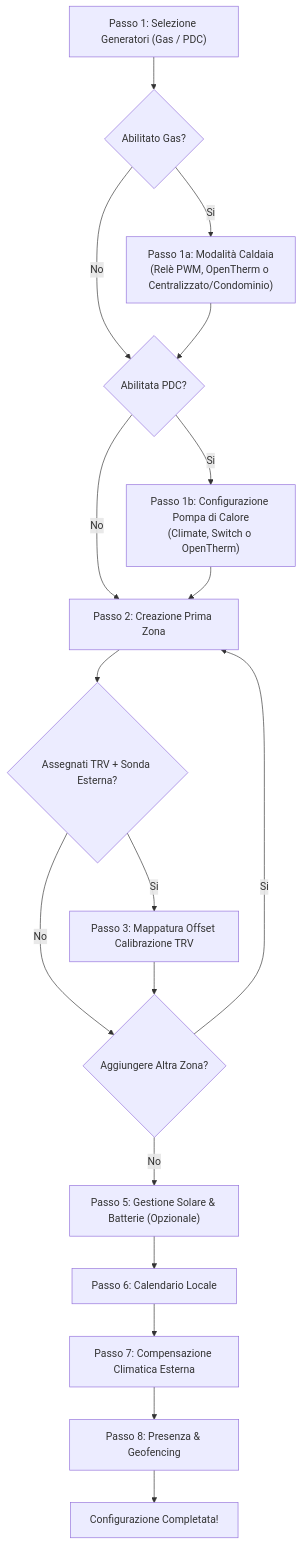
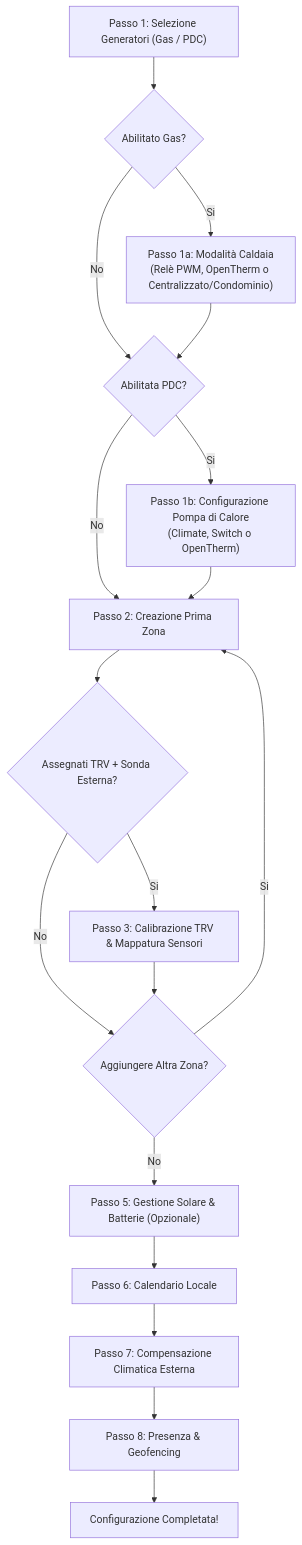
The diagram in docs/wiki/it/setup_wizard.md (alex-military/multizone-thermostat), drawn with Mermaid before and after one commit. The commit also changed other lines of this file and 41 other files, not shown here.

Commit message:
feat(trv,pid): 3-layer TRV architecture, Auto EMA seed UI & PID baseline fixes (v6.0.22)

````diff
--- a/docs/wiki/it/setup_wizard.md
+++ b/docs/wiki/it/setup_wizard.md
@@ -14,20 +14,20 @@
 ```mermaid
 flowchart TD
     S1["Passo 1: Selezione Generatori (Gas / PDC)"] --> S1a{"Abilitato Gas?"}
     S1a -->|Si| C_Gas["Passo 1a: Modalità Caldaia<br>(Relè PWM, OpenTherm o Centralizzato/Condominio)"]
     S1a -->|No| S1b{"Abilitata PDC?"}
     C_Gas --> S1b
     S1b -->|Si| C_PDC["Passo 1b: Configurazione Pompa di Calore<br>(Climate, Switch o OpenTherm)"]
     S1b -->|No| Zone1["Passo 2: Creazione Prima Zona"]
     C_PDC --> Zone1
     Zone1 --> CalibCheck{"Assegnati TRV + Sonda Esterna?"}
-    CalibCheck -->|Si| S3["Passo 3: Mappatura Offset Calibrazione TRV"]
+    CalibCheck -->|Si| S3["Passo 3: Calibrazione TRV & Mappatura Sensori"]
     CalibCheck -->|No| S4{"Aggiungere Altra Zona?"}
     S3 --> S4
     S4 -->|Si| Zone1
     S4 -->|No| S5["Passo 5: Gestione Solare & Batterie (Opzionale)"]
     S5 --> S6["Passo 6: Calendario Locale"]
     S6 --> S7["Passo 7: Compensazione Climatica Esterna"]
     S7 --> S8["Passo 8: Presenza & Geofencing"]
     S8 --> Fine["Configurazione Completata!"]
 ```
````
